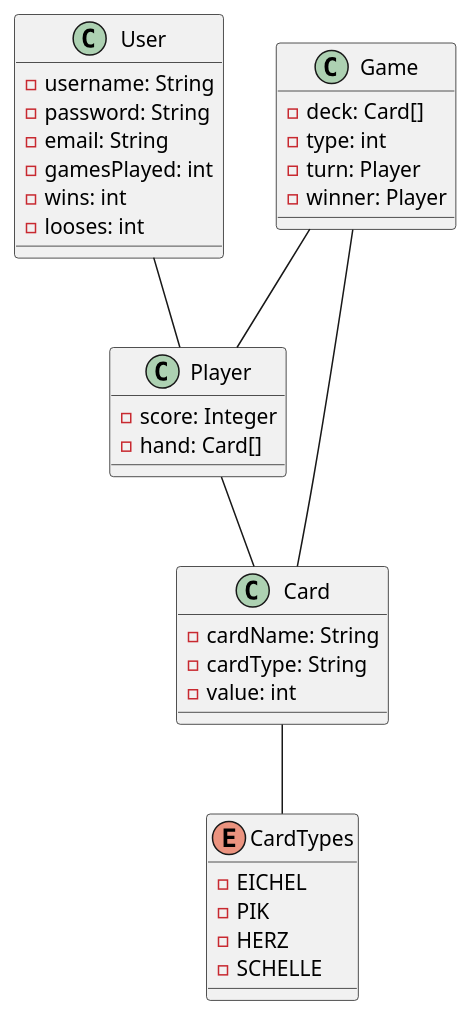
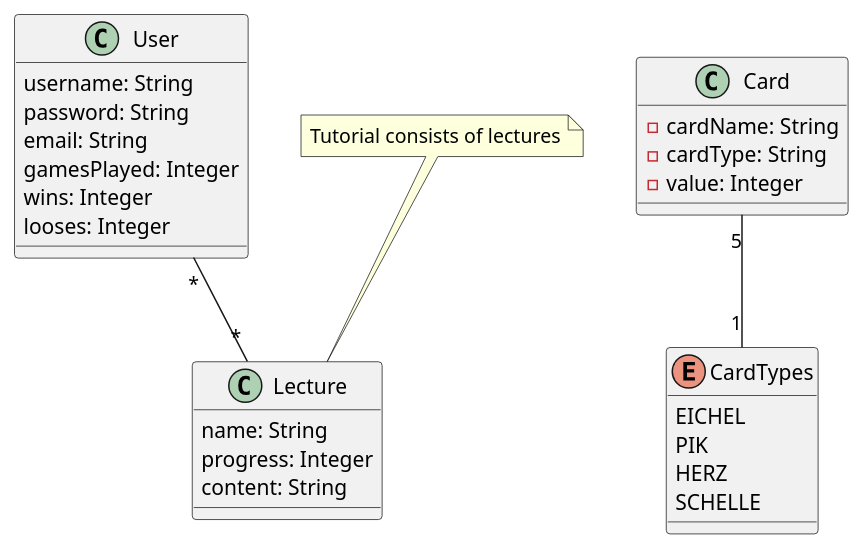
One commit to 2223-3ahitm-itp/2223-3ahitm-project-kartenspiel changed the diagram in asciidoc/datamodel.adoc. Above: the diagram before and after it, drawn with PlantUML.

Commit message:
Revision of the datamodell

```diff
--- a/asciidoc/datamodel.adoc
+++ b/asciidoc/datamodel.adoc
@@ -1,40 +1,38 @@
 [plantuml,usecase-diagram,png]
 ----
 @startuml
 class User {
--username: String
--password: String
--email: String
--gamesPlayed: int
--wins: int
--looses: int
+username: String
+password: String
+email: String
+gamesPlayed: Integer
+wins: Integer
+looses: Integer
 }
-class Player {
--score: Integer
--hand: Card[]
+
+class Lecture {
+    name: String
+    progress: Integer
+    content: String
 }
+
+note "Tutorial consists of lectures" as note1
 
 class Card {
 -cardName: String
 -cardType: String
--value: int
+-value: Integer
 }
+
 enum CardTypes {
--EICHEL
--PIK
--HERZ
--SCHELLE
+EICHEL
+PIK
+HERZ
+SCHELLE
 }
-class Game {
--deck: Card[]
--type: int
--turn: Player
--winner: Player
-}
-User -- Player
-Player --  Card
-Game  --  Player
-Game -- Card
-Card -- CardTypes
+
+Card "5"--"1" CardTypes
+User "*"--"*" Lecture
+note1 .. Lecture
 @enduml
 ----
```
